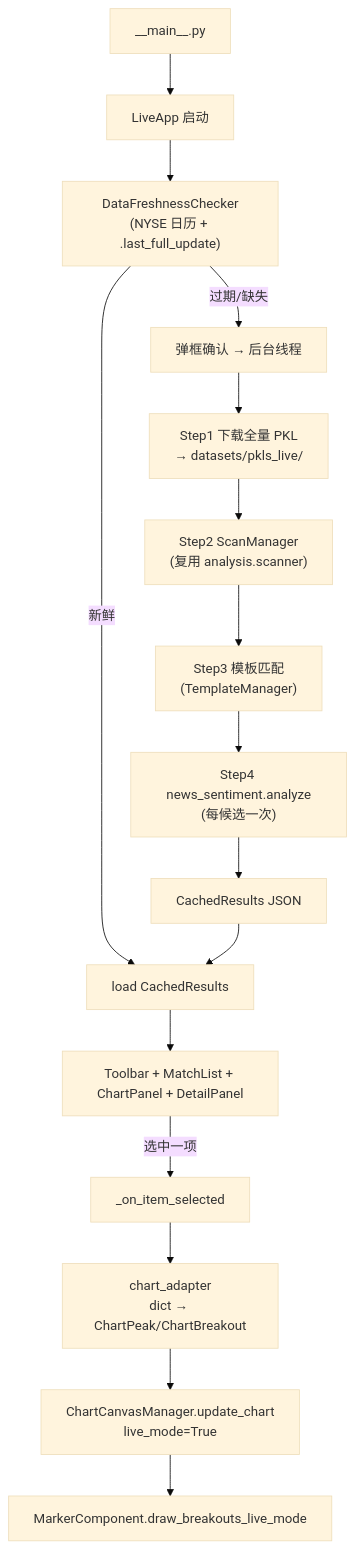
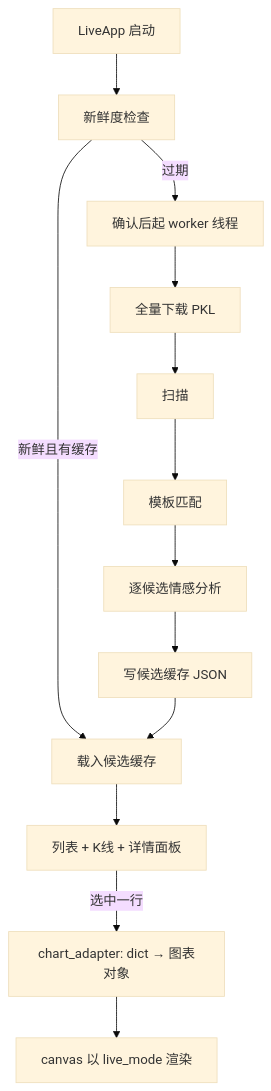
One commit to ufgtb24/Trade_Strategy changed the diagram in .claude/docs/modules/live.md. Above: the diagram before and after it, drawn with Mermaid (base theme). The commit also changed other lines of this file and 373 other files, not shown here.

````diff
--- a/.claude/docs/modules/live.md
+++ b/.claude/docs/modules/live.md
@@ -19,18 +19,15 @@
 ```mermaid
 flowchart TD
-    M["__main__.py"] --> L[LiveApp 启动]
-    L --> F["DataFreshnessChecker<br/>(NYSE 日历 + .last_full_update)"]
-    F -->|新鲜| C[load CachedResults]
-    F -->|过期/缺失| P[弹框确认 → 后台线程]
-    P --> D1["Step1 下载全量 PKL<br/>→ datasets/pkls_live/"]
-    D1 --> D2["Step2 ScanManager<br/>(复用 analysis.scanner)"]
-    D2 --> D3["Step3 模板匹配<br/>(TemplateManager)"]
-    D3 --> D4["Step4 news_sentiment.analyze<br/>(每候选一次)"]
-    D4 --> SAVE["CachedResults JSON"]
+    L[LiveApp 启动] --> F[新鲜度检查]
+    F -->|新鲜且有缓存| C[载入候选缓存]
+    F -->|过期| P[确认后起 worker 线程]
+    P --> D1[全量下载 PKL]
+    D1 --> D2[扫描]
+    D2 --> D3[模板匹配]
+    D3 --> D4[逐候选情感分析]
+    D4 --> SAVE[写候选缓存 JSON]
     SAVE --> C
-    C --> UI[Toolbar + MatchList + ChartPanel + DetailPanel]
-    UI -->|选中一项| SEL["_on_item_selected"]
-    SEL --> ADAPT["chart_adapter<br/>dict → ChartPeak/ChartBreakout"]
-    ADAPT --> CM["ChartCanvasManager.update_chart<br/>live_mode=True"]
-    CM --> DM[MarkerComponent.draw_breakouts_live_mode]
+    C --> UI[列表 + K线 + 详情面板]
+    UI -->|选中一行| ADAPT[chart_adapter: dict → 图表对象]
+    ADAPT --> CM[canvas 以 live_mode 渲染]
 ```
````
